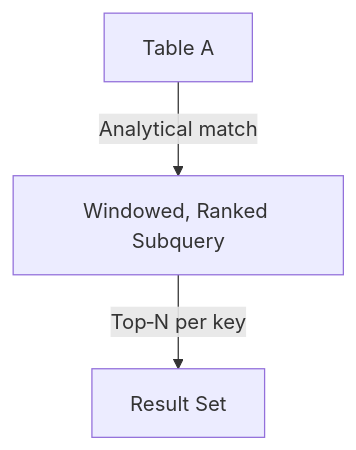
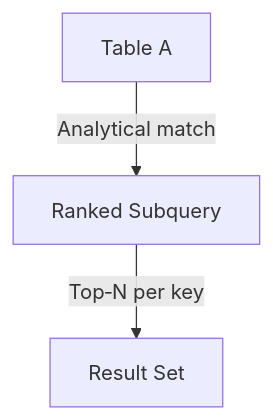
One commit to usman19zafar/ADVANCE-SQL-JOINs changed the diagram in Advance JOIN Templates/INNER JOIN.md. Above: the diagram before and after it, drawn with Mermaid. The commit also changed other lines of this file, not shown here.

````diff
--- a/Advance JOIN Templates/INNER JOIN.md
+++ b/Advance JOIN Templates/INNER JOIN.md
@@ -1,5 +1,5 @@
 ```mermaid
 flowchart TD
-    A[Table A] -->|Analytical match| B[Windowed, Ranked Subquery]
+    A[Table A] -->|Analytical match| B[Ranked Subquery]
     B -->|Top‑N per key| R[Result Set]
 ```
````
